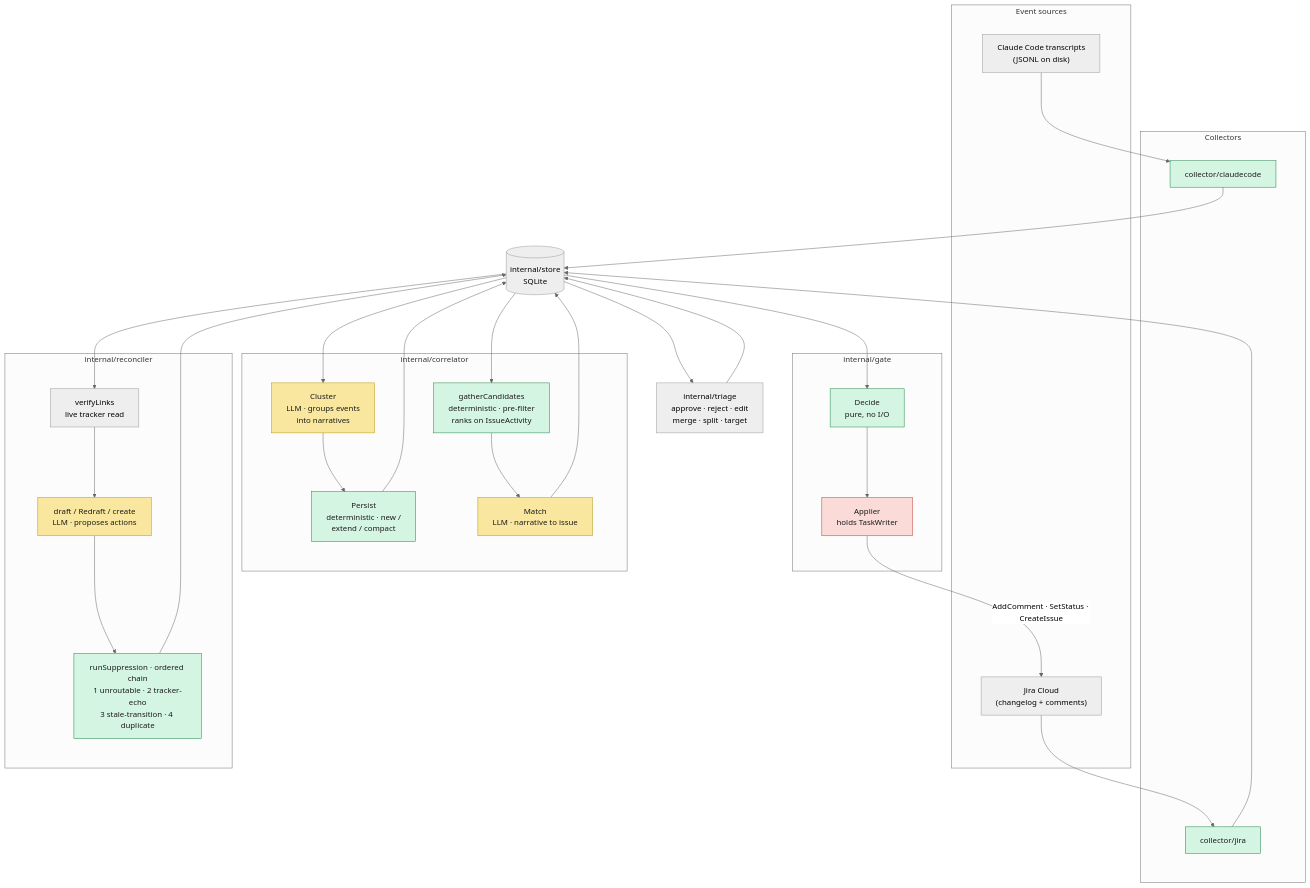
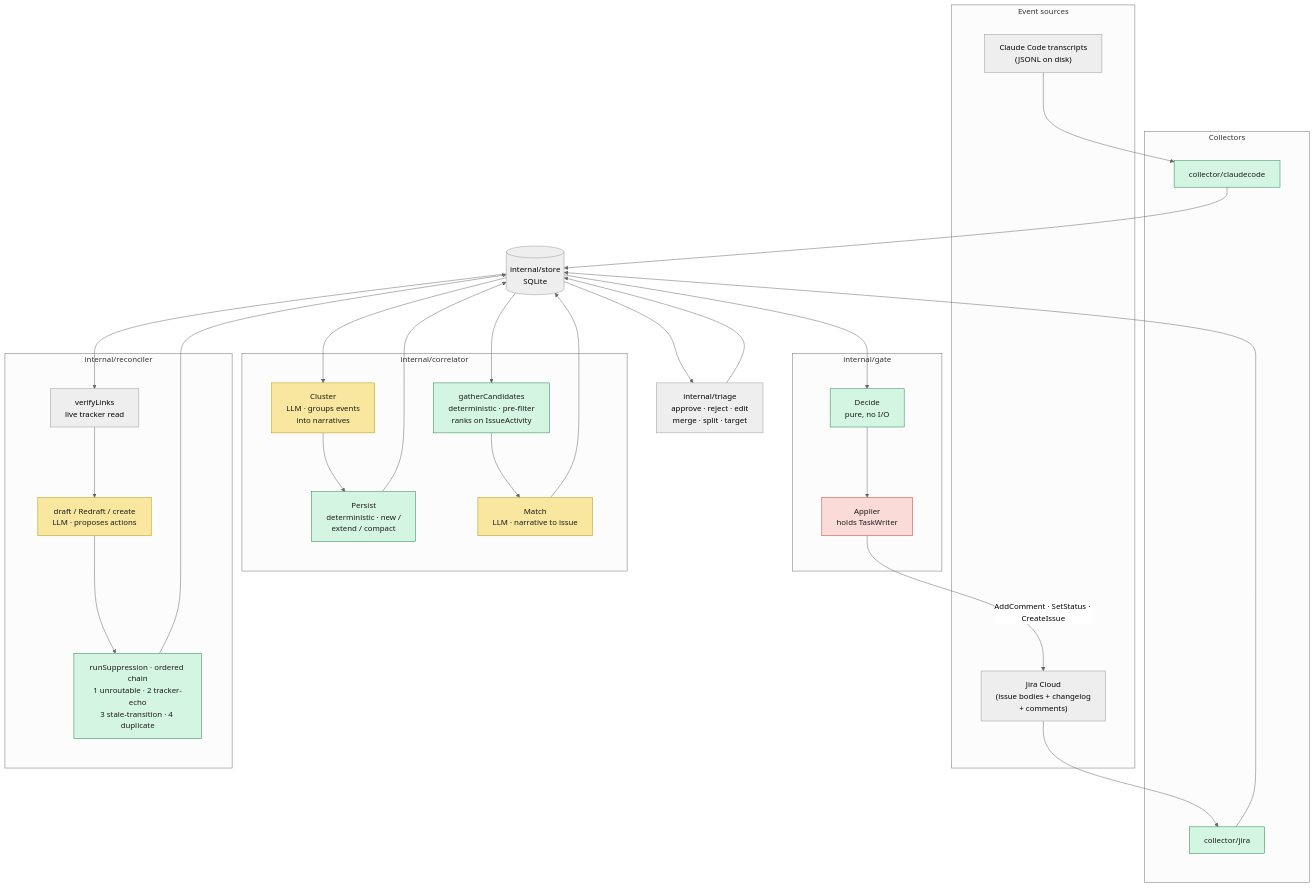
One commit to jcogilvie/unjira changed the first of 4 diagrams in docs/architecture.md. Above: the diagram before and after it, drawn with Mermaid (neutral theme). The commit also changed 6 other files, not shown here.

````diff
--- a/docs/architecture.md
+++ b/docs/architecture.md
@@ -42,54 +42,54 @@
 ```mermaid
 ---
 config:
   nodeSpacing: 100
   rankSpacing: 120
 ---
 flowchart TB
     subgraph sources["Event sources"]
         CC["Claude Code transcripts<br/>(JSONL on disk)"]
-        JIRA["Jira Cloud<br/>(changelog + comments)"]
+        JIRA["Jira Cloud<br/>(issue bodies + changelog<br/>+ comments)"]
     end
 
     subgraph collectors["Collectors"]
         CCC["collector/claudecode"]
         JC["collector/jira"]
     end
 
     STORE[("internal/store<br/>SQLite")]
 
     subgraph correlate["internal/correlator"]
         CLUSTER["Cluster<br/>LLM · groups events<br/>into narratives"]
         PERSIST["Persist<br/>deterministic · new /<br/>extend / compact"]
         CAND["gatherCandidates<br/>deterministic · pre-filter<br/>ranks on IssueActivity"]
         MATCH["Match<br/>LLM · narrative to issue"]
     end
 
     subgraph reconcile["internal/reconciler"]
         VERIFY["verifyLinks<br/>live tracker read"]
         DRAFT["draft / Redraft / create<br/>LLM · proposes actions"]
         FILTERS["runSuppression · ordered chain<br/>1 unroutable · 2 tracker-echo<br/>3 stale-transition · 4 duplicate"]
     end
 
     TRIAGE["internal/triage<br/>approve · reject · edit<br/>merge · split · target"]
 
     subgraph write["internal/gate"]
         DECIDE["Decide<br/>pure, no I/O"]
         APPLY["Applier<br/>holds TaskWriter"]
     end
 
     CC --> CCC --> STORE
     JIRA --> JC --> STORE
     STORE --> CLUSTER --> PERSIST --> STORE
     STORE --> CAND --> MATCH --> STORE
     STORE --> VERIFY --> DRAFT --> FILTERS --> STORE
     STORE --> TRIAGE --> STORE
     STORE --> DECIDE --> APPLY -->|"AddComment · SetStatus · CreateIssue"| JIRA
 
     classDef llm fill:#f9e79f,stroke:#b7950b,color:#1a1a1a
     classDef det fill:#d5f5e3,stroke:#1e8449,color:#1a1a1a
     classDef danger fill:#fadbd8,stroke:#c0392b,color:#1a1a1a
     class CLUSTER,MATCH,DRAFT llm
     class CCC,JC,PERSIST,CAND,FILTERS,DECIDE det
     class APPLY danger
 ```
````
